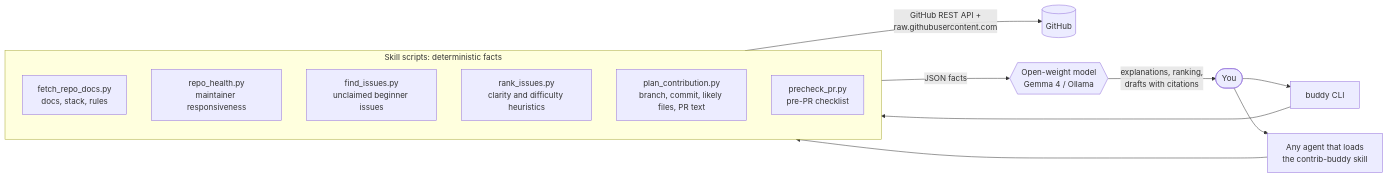
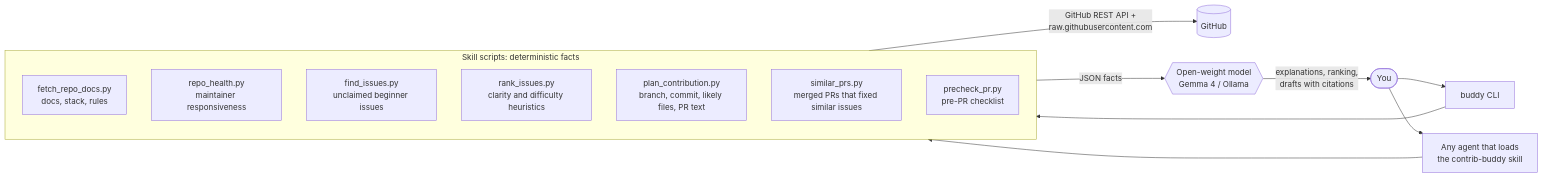
One commit to Saisumanthv/Contrib-Bud changed the diagram in README.md. Above: the diagram before and after it, drawn with Mermaid. The commit also changed other lines of this file and 10 other files, not shown here.

Commit message:
feat: Showing similar PRs which are successfully merged

````diff
--- a/README.md
+++ b/README.md
@@ -34,18 +34,19 @@
 ```mermaid
 flowchart LR
     U([You]) --> CLI[buddy CLI]
     U --> AG[Any agent that loads<br/>the contrib-buddy skill]
     CLI --> S
     AG --> S
     subgraph S[Skill scripts: deterministic facts]
       F1[fetch_repo_docs.py<br/>docs, stack, rules]
       F6[repo_health.py<br/>maintainer responsiveness]
       F2[find_issues.py<br/>unclaimed beginner issues]
       F3[rank_issues.py<br/>clarity and difficulty heuristics]
       F4[plan_contribution.py<br/>branch, commit, likely files, PR text]
+      F7[similar_prs.py<br/>merged PRs that fixed similar issues]
       F5[precheck_pr.py<br/>pre-PR checklist]
     end
     S -->|GitHub REST API +<br/>raw.githubusercontent.com| GH[(GitHub)]
     S -->|JSON facts| M{{Open-weight model<br/>Gemma 4 / Ollama}}
     M -->|explanations, ranking,<br/>drafts with citations| U
 ```
````
